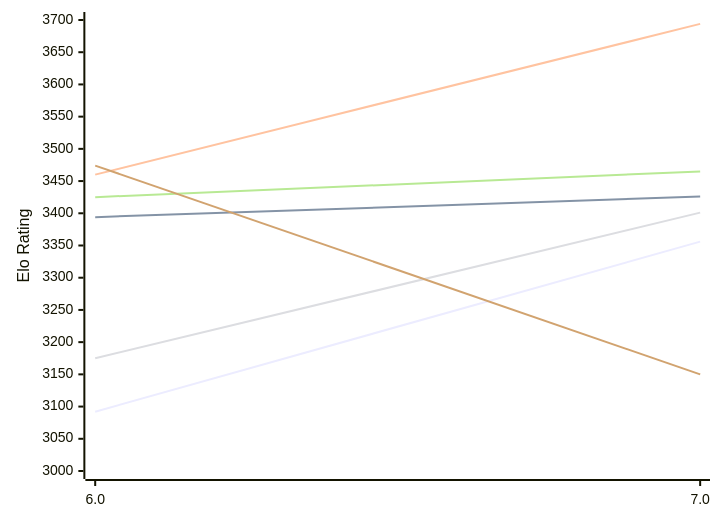
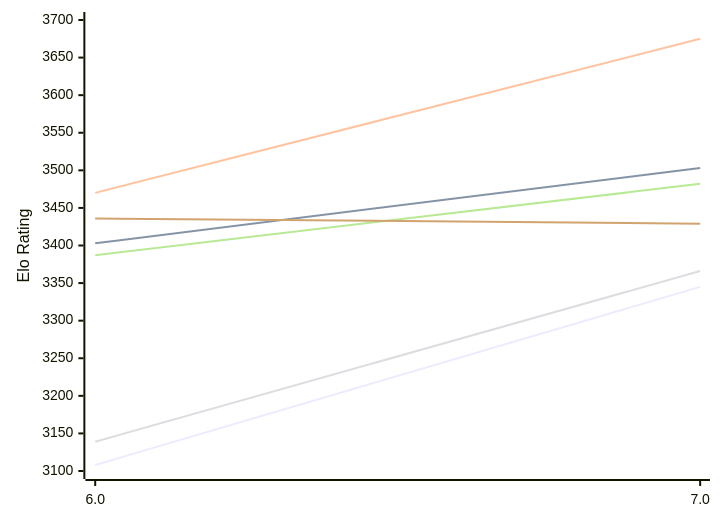
One commit to computer-chess-index/cci changed the first of 2 diagrams in engines/Devre.md. Above: the diagram before and after it, drawn with Mermaid. The commit also changed other lines of this file, not shown here.

Commit message:
Update CCI Ratings (ELO VLTC) - 2026-11-14

````diff
--- a/engines/Devre.md
+++ b/engines/Devre.md
@@ -50,12 +50,12 @@
 ```mermaid
 %%{init: {"theme":"base","themeVariables":{"seriesColors:['#a3a3a3','#222221','#faa371']}}}%%
 xychart-beta
   x-axis ["6.0", "7.0"]
-  y-axis "Elo Rating" 3000 --> 3700
-  line "E1: STC (8.0+0.08s)" [3092, 3356]
-  line "E1: LTC (60.0+0.60s)" [3394, 3426]
-  line "E1: VLTC (2m24s+1.12s)" [3460, 3694]
-  line "P1: STC (8.0+0.08s)" [3175, 3401]
-  line "P1: LTC (60.0+0.60s)" [3425, 3465]
-  line "P1: VLTC (2m24s+1.12s)" [3474, 3150]
+  y-axis "Elo Rating" 3100 --> 3700
+  line "E1: STC (8.0+0.08s)" [3108, 3345]
+  line "E1: LTC (60.0+0.60s)" [3403, 3503]
+  line "E1: VLTC (2m24s+1.12s)" [3470, 3675]
+  line "P1: STC (8.0+0.08s)" [3139, 3366]
+  line "P1: LTC (60.0+0.60s)" [3387, 3482]
+  line "P1: VLTC (2m24s+1.12s)" [3436, 3429]
 ```
````
